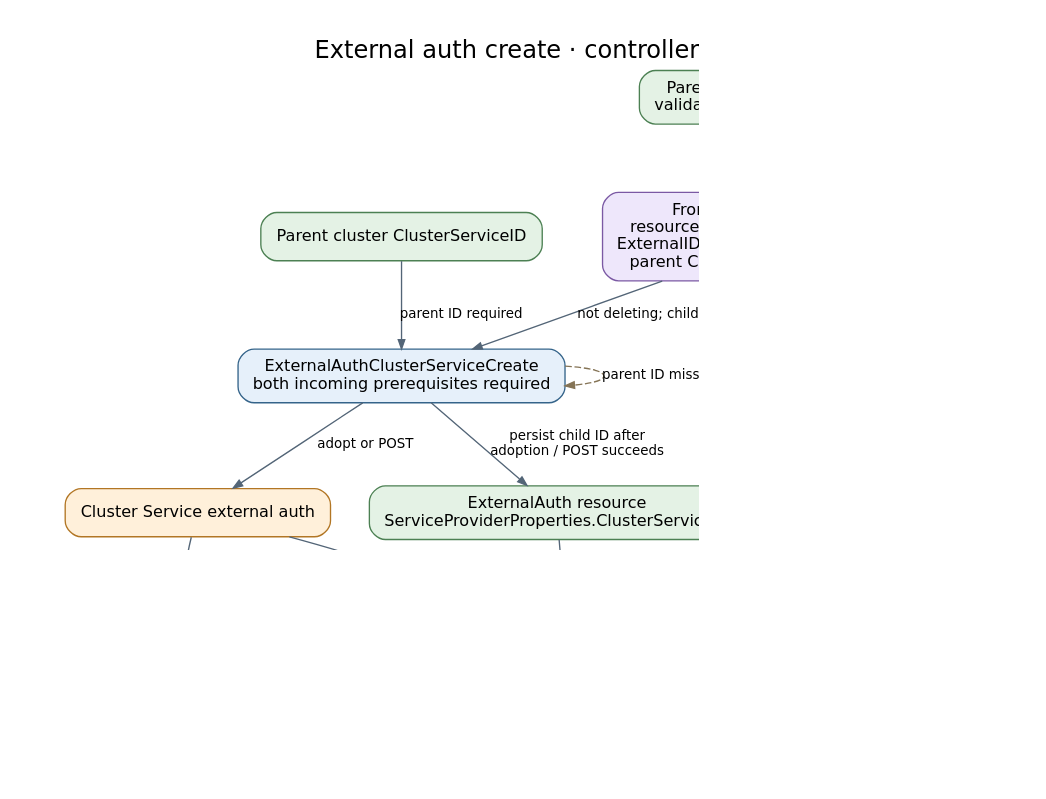
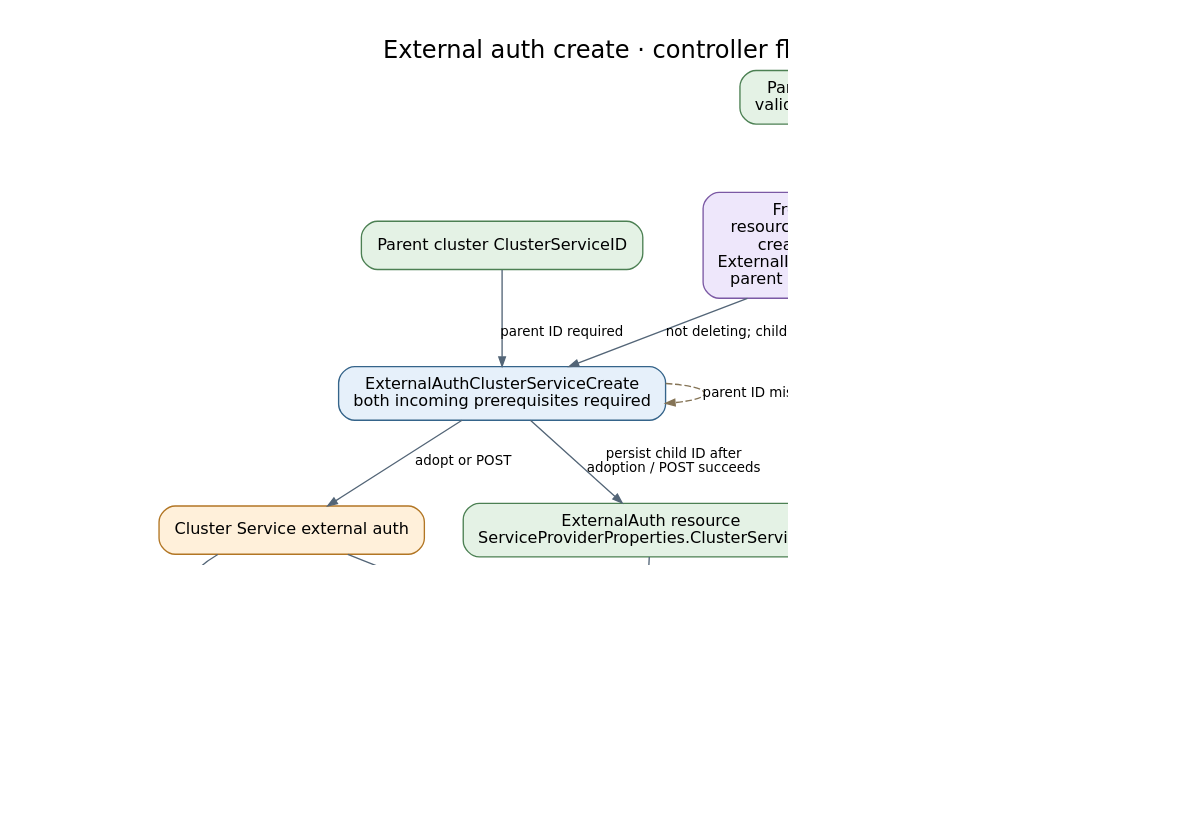
Before and after one commit to Azure/ARO-HCP: the diagram in docs/diagrams/controller-flows/externalauth-create.dot, drawn with Graphviz. The commit also changed 58 other files, not shown here.

Commit message:
fix: bound resource operation monitoring deadlines

```diff
--- a/docs/diagrams/controller-flows/externalauth-create.dot
+++ b/docs/diagrams/controller-flows/externalauth-create.dot
@@ -1,26 +1,28 @@
 digraph externalauth_create {
   graph [rankdir=TB, bgcolor="white", pad="0.3", nodesep="0.4", ranksep="0.55", fontname="DejaVu Sans", fontsize=18, labelloc=t, label="External auth create · controller flow", dpi=110];
   node [shape=box, style="rounded,filled", fillcolor="#e6f0fa", color="#35648a", fontname="DejaVu Sans", fontsize=12, margin="0.16,0.10"];
   edge [color="#536577", fontname="DejaVu Sans", fontsize=10, arrowsize=0.7];
-  api [label="Frontend PUT external auth\nresource + Create Operation (atomic)\nExternalID = ARM ID; InternalID = empty\nparent Cluster Service ID not required", fillcolor="#eee7fb", color="#7b59a4"];
+  api [label="Frontend PUT external auth\nresource + Create Operation (atomic)\ncreate deadline = clock + 30m\nExternalID = ARM ID; InternalID = empty\nparent Cluster Service ID not required", fillcolor="#eee7fb", color="#7b59a4"];
   exists [label="Parent Cosmos cluster exists\nvalidation / conflict checks pass", fillcolor="#e4f2e5", color="#4c8053"];
   parent [label="Parent cluster ClusterServiceID", fillcolor="#e4f2e5", color="#4c8053"];
   create [label="ExternalAuthClusterServiceCreate\nboth incoming prerequisites required", fillcolor="#e6f0fa", color="#35648a"];
   child [label="ExternalAuth resource\nServiceProviderProperties.ClusterServiceID", fillcolor="#e4f2e5", color="#4c8053"];
   cs [label="Cluster Service external auth", fillcolor="#fff0da", color="#b27624"];
-  op [label="OperationExternalAuthCreate\nmatching active operation + resource ID\n+ successful Cluster Service GET", fillcolor="#e6f0fa", color="#35648a"];
+  op [label="OperationExternalAuthCreate\nmatching owner: expiry before ID / deletion gates\nNot expired: child ID + successful CS GET", fillcolor="#e6f0fa", color="#35648a"];
+  failed [label="ARM attempt Failed: DeadlineExceeded\nFixed timeout message; no external read", fillcolor="#fbe8e5", color="#a64f43"];
+  op -> failed [label="now > create deadline"];
   done [label="ARM Create Operation Succeeded", fillcolor="#e4f2e5", color="#4c8053"];
   external [label="Downstream authentication rollout\nmanaged outside this poller", fillcolor="#fff0da", color="#b27624"];
   exists -> api [label="frontend prerequisites"];
   api -> create [label="not deleting; child ID absent"];
   parent -> create [label="parent ID required"];
   create -> create [label="parent ID missing: retry", style=dashed, color="#857456", constraint=false];
   create -> cs [label="adopt or POST"];
   create -> child [label="persist child ID after\nadoption / POST succeeds"];
-  api -> op [label="Operation.ExternalID locates\nresource; ActiveOperationID matches"];
-  child -> op [label="read ID from resource"];
-  cs -> op [label="GET succeeds"];
+  api -> op [label="Operation.ExternalID locates resource;\nActiveOperationID + create deadline"];
+  child -> op [label="not expired: read ID from resource"];
+  cs -> op [label="not expired: GET succeeds"];
   op -> done [label="resource existence confirms\ncompletion"];
   cs -> external [label="external desired configuration"];
   op -> op [label="pending: observe again", style=dashed, color="#857456", constraint=false];
 }
```
